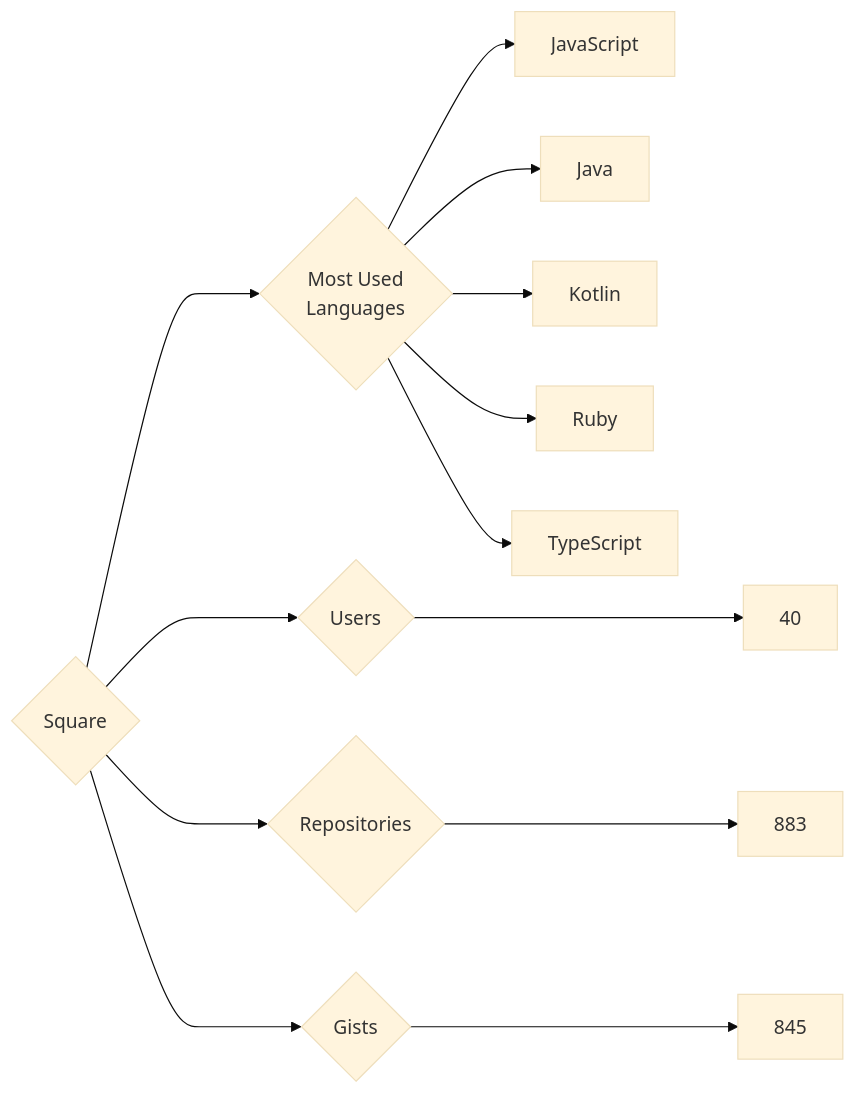
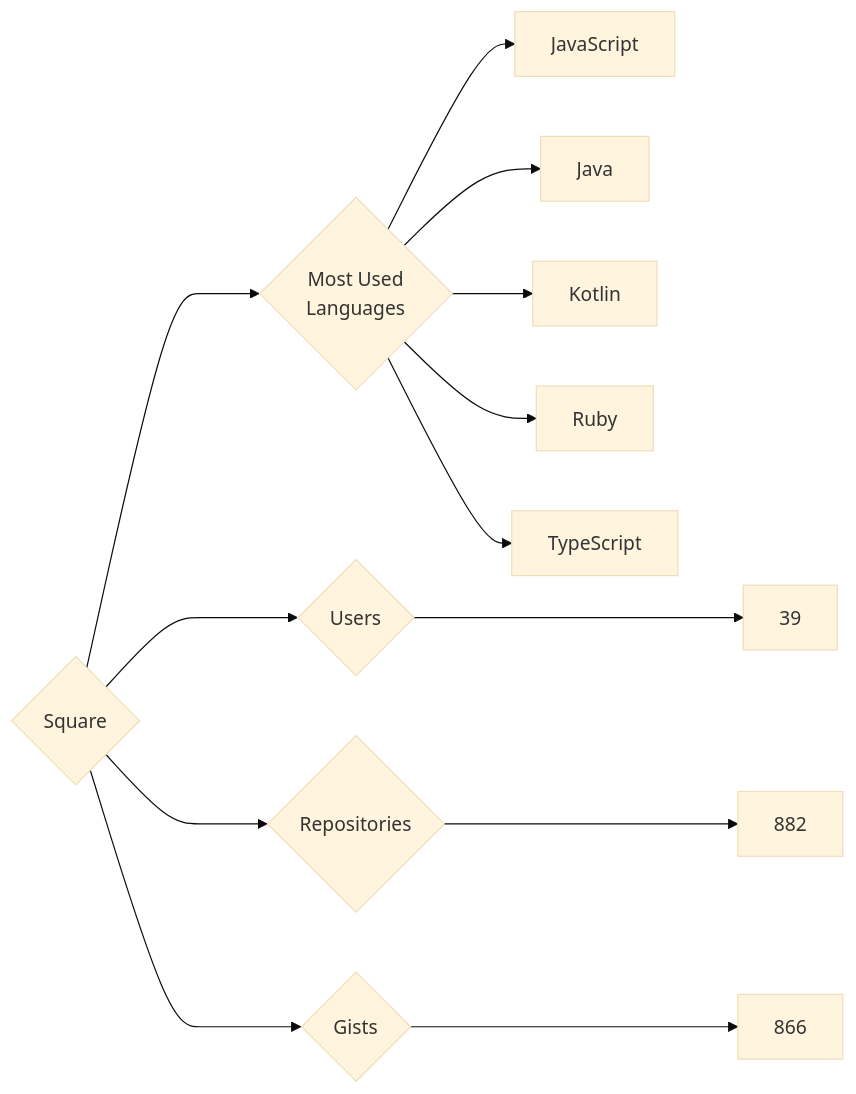
One commit to trickest/insiders changed the diagram in targets/Square/README.md. Above: the diagram before and after it, drawn with Mermaid (base theme). The commit also changed 953 other files, not shown here.

````diff
--- a/targets/Square/README.md
+++ b/targets/Square/README.md
@@ -3,13 +3,13 @@
 ```mermaid
 graph LR
 COMPANY_NAME{Square}
-COMPANY_NAME ---> U{Users} ---> UN[40]
-COMPANY_NAME ---> R{Repositories} ---> RN[883]
-COMPANY_NAME ---> G{Gists} ---> GN[845]
+COMPANY_NAME ---> U{Users} ---> UN[39]
+COMPANY_NAME ---> R{Repositories} ---> RN[882]
+COMPANY_NAME ---> G{Gists} ---> GN[866]
 COMPANY_NAME ---> ML{Most Used<br>Languages}
 ML --> JavaScript[JavaScript]
 ML --> Java[Java]
 ML --> Kotlin[Kotlin]
 ML --> Ruby[Ruby]
 ML --> TypeScript[TypeScript]
 ```
````
